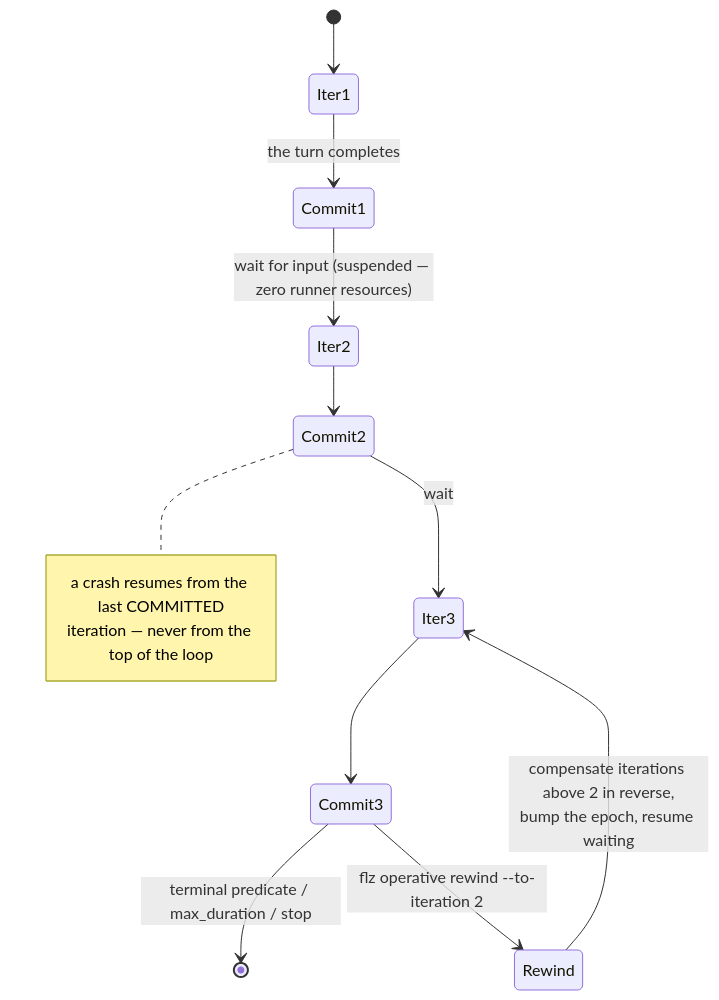
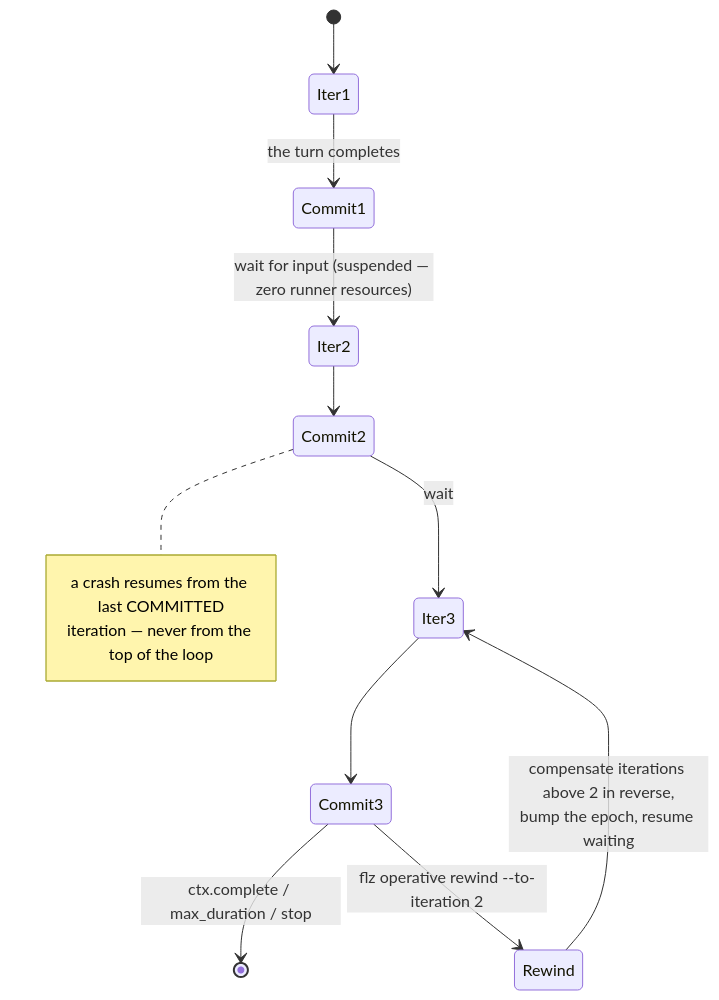
Before and after one commit to Flezha/flezha: the sixth of 8 diagrams in docs/architecture/workflow_profile.md, drawn with Mermaid. The commit also changed other lines of this file and 103 other files, not shown here.

````diff
--- a/docs/architecture/workflow_profile.md
+++ b/docs/architecture/workflow_profile.md
@@ -294,18 +290,18 @@
 ```mermaid
 stateDiagram-v2
     [*] --> Iter1
     Iter1 --> Commit1: the turn completes
     Commit1 --> Iter2: wait for input (suspended — zero runner resources)
     Iter2 --> Commit2
     Commit2 --> Iter3: wait
     Iter3 --> Commit3
-    Commit3 --> [*]: terminal predicate / max_duration / stop
+    Commit3 --> [*]: ctx.complete / max_duration / stop
 
     Commit3 --> Rewind: flz operative rewind --to-iteration 2
     Rewind --> Iter3: compensate iterations above 2 in reverse,<br/>bump the epoch, resume waiting
 
     note right of Commit2
         a crash resumes from the last COMMITTED
         iteration — never from the top of the loop
     end note
 ```
````
